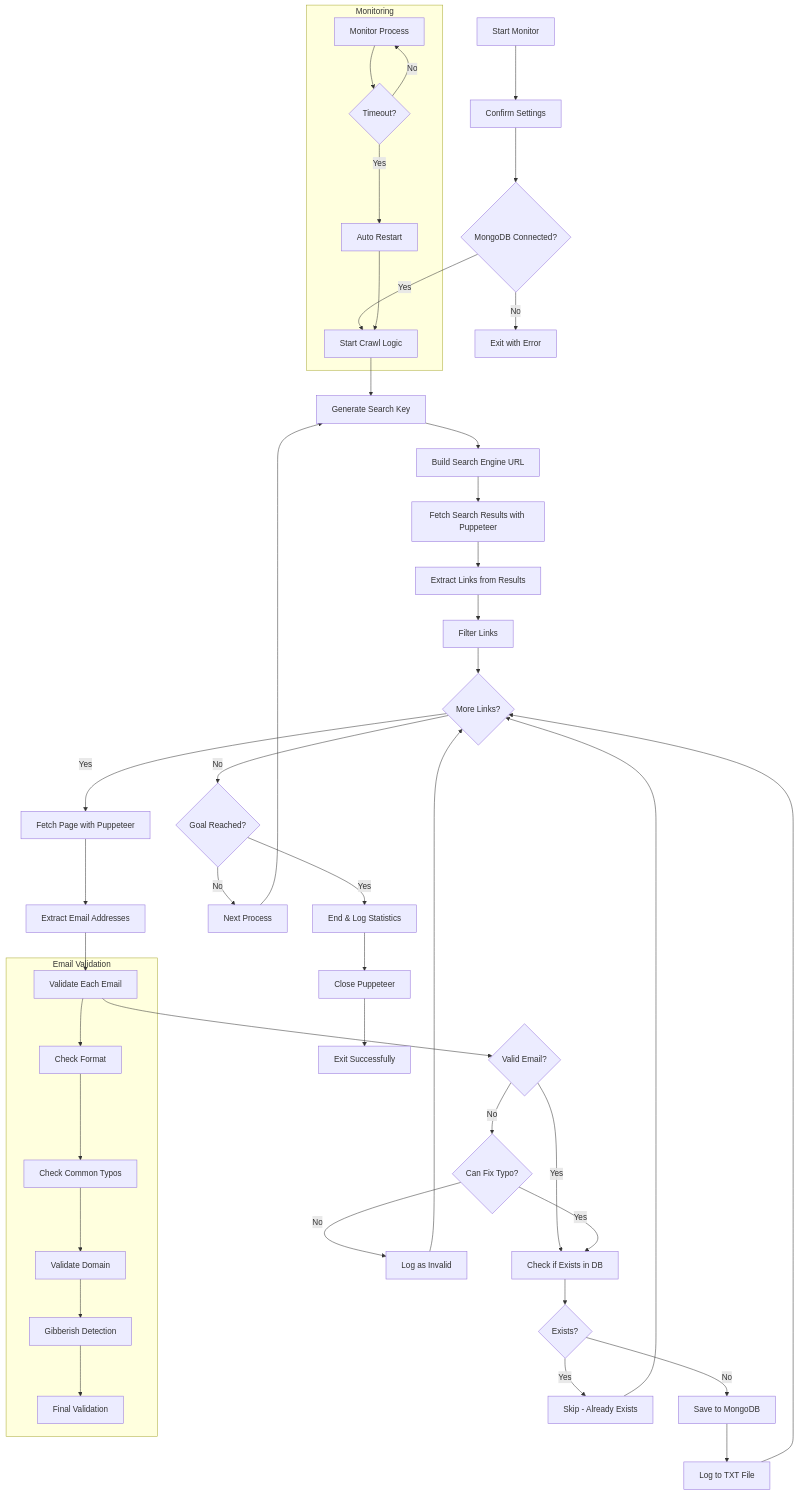
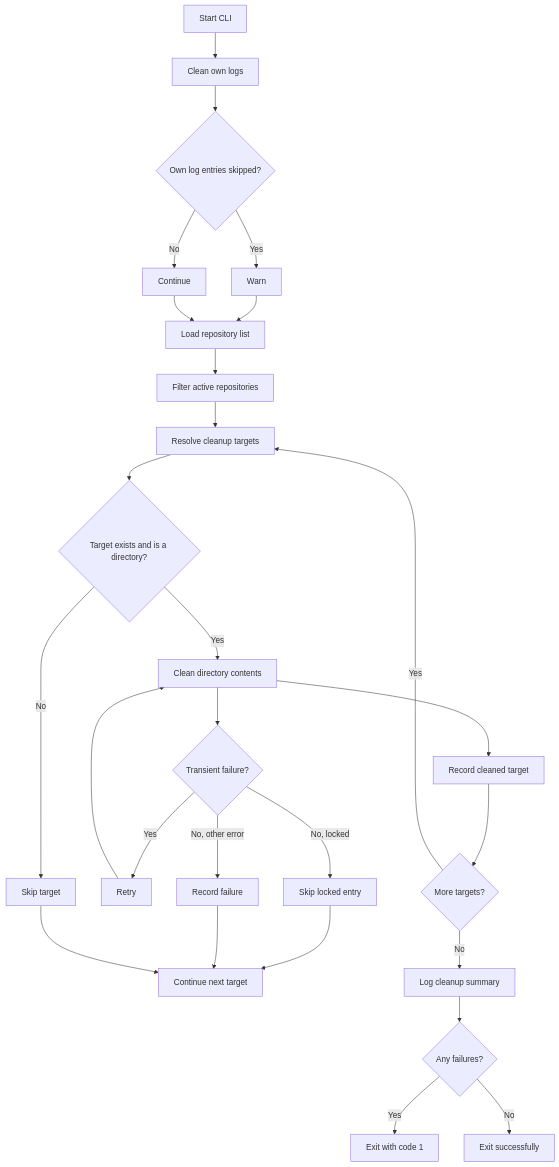
Before and after one commit to orassayag/logs-cleaner: the diagram in README.md, drawn with Mermaid. The commit also changed other lines of this file and 1 other file, not shown here.

````diff
--- a/README.md
+++ b/README.md
@@ -172,59 +162,29 @@
 ```mermaid
 graph TB
-    A[Start Monitor] --> B[Confirm Settings]
-    B --> C{MongoDB Connected?}
-    C -->|No| D[Exit with Error]
-    C -->|Yes| E[Start Crawl Logic]
-
-    E --> F[Generate Search Key]
-    F --> G[Build Search Engine URL]
-    G --> H[Fetch Search Results with Puppeteer]
-
-    H --> I[Extract Links from Results]
-    I --> J[Filter Links]
-    J --> K{More Links?}
-
-    K -->|Yes| L[Fetch Page with Puppeteer]
-    L --> M[Extract Email Addresses]
-    M --> N[Validate Each Email]
-
-    N --> O{Valid Email?}
-    O -->|Yes| P[Check if Exists in DB]
-    O -->|No| Q{Can Fix Typo?}
-
-    Q -->|Yes| P
-    Q -->|No| R[Log as Invalid]
-
-    P --> S{Exists?}
-    S -->|No| T[Save to MongoDB]
-    S -->|Yes| U[Skip - Already Exists]
-
-    T --> V[Log to TXT File]
-    V --> K
-    U --> K
-    R --> K
-
-    K -->|No| W{Goal Reached?}
-    W -->|No| X[Next Process]
-    W -->|Yes| Y[End & Log Statistics]
-
-    X --> F
-
-    Y --> Z[Close Puppeteer]
-    Z --> AA[Exit Successfully]
-
-    subgraph "Email Validation"
-        N --> N1[Check Format]
-        N1 --> N2[Check Common Typos]
-        N2 --> N3[Validate Domain]
-        N3 --> N4[Gibberish Detection]
-        N4 --> N5[Final Validation]
-    end
-
-    subgraph "Monitoring"
-        BB[Monitor Process] --> CC{Timeout?}
-        CC -->|Yes| DD[Auto Restart]
-        CC -->|No| BB
-        DD --> E
-    end
+    A[Start CLI] --> B[Clean own logs]
+    B --> C{Own log entries skipped?}
+    C -->|Yes| D[Warn]
+    C -->|No| E[Continue]
+    D --> F[Load repository list]
+    E --> F
+    F --> G[Filter active repositories]
+    G --> H[Resolve cleanup targets]
+    H --> I{Target exists and is a directory?}
+    I -->|No| J[Skip target]
+    I -->|Yes| K[Clean directory contents]
+    K --> L{Transient failure?}
+    L -->|Yes| M[Retry]
+    M --> K
+    L -->|No, locked| N[Skip locked entry]
+    L -->|No, other error| O[Record failure]
+    N --> P[Continue next target]
+    O --> P
+    J --> P
+    K --> Q[Record cleaned target]
+    Q --> R{More targets?}
+    R -->|Yes| H
+    R -->|No| S[Log cleanup summary]
+    S --> T{Any failures?}
+    T -->|Yes| U[Exit with code 1]
+    T -->|No| V[Exit successfully]
 ```
````
